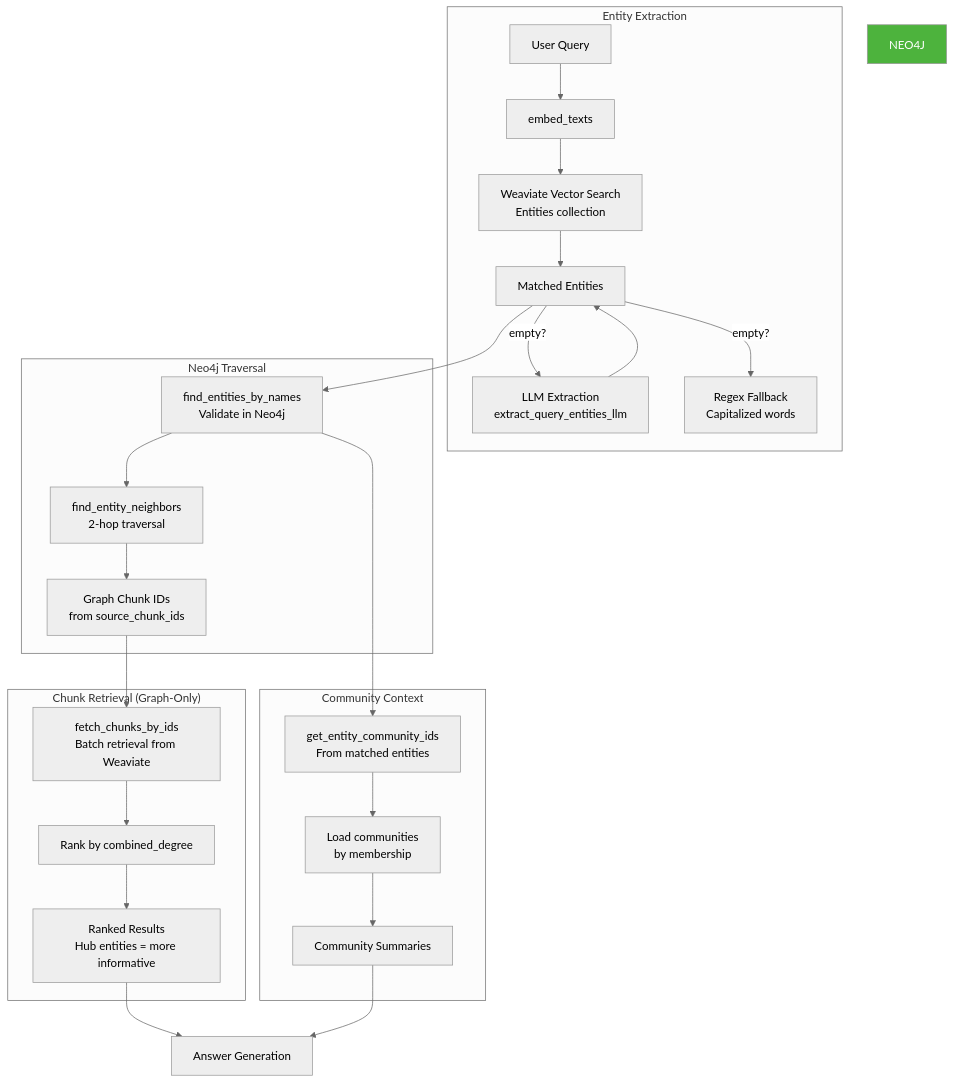
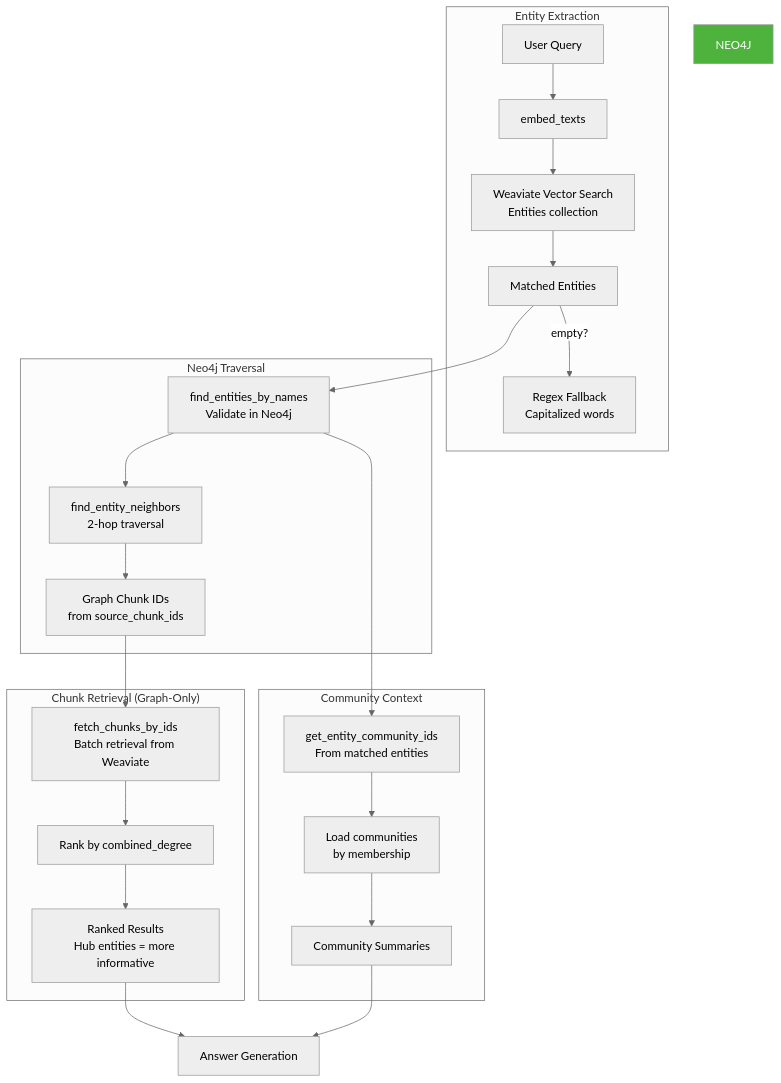
The seventh of 8 diagrams in memory-bank/graphrag/graphrag_raglab_implementation.md (crlsrmrlsz/raglab), drawn with Mermaid (neutral theme) before and after one commit. The commit also changed other lines of this file and 5 other files, not shown here.

First line of the commit message:
refactor(graphrag): remove LLM fallback for entity extraction

````diff
--- a/memory-bank/graphrag/graphrag_raglab_implementation.md
+++ b/memory-bank/graphrag/graphrag_raglab_implementation.md
@@ -502,36 +502,33 @@
 ```mermaid
 flowchart TB
     subgraph EntityExtraction["Entity Extraction"]
         QUERY[User Query] --> EMBED[embed_texts]
         EMBED --> SEARCH["Weaviate Vector Search<br/>Entities collection"]
         SEARCH --> ENTITIES[Matched Entities]
-
-        ENTITIES --> |empty?| LLM_FALLBACK[LLM Extraction<br/>extract_query_entities_llm]
-        LLM_FALLBACK --> ENTITIES
 
         ENTITIES --> |empty?| REGEX[Regex Fallback<br/>Capitalized words]
     end
 
     subgraph GraphTraversal["Neo4j Traversal"]
         ENTITIES --> VALIDATE[find_entities_by_names<br/>Validate in Neo4j]
         VALIDATE --> TRAVERSE["find_entity_neighbors<br/>2-hop traversal"]
         TRAVERSE --> GRAPH_CHUNKS[Graph Chunk IDs<br/>from source_chunk_ids]
     end
 
     subgraph ChunkRetrieval["Chunk Retrieval (Graph-Only)"]
         GRAPH_CHUNKS --> FETCH[fetch_chunks_by_ids<br/>Batch retrieval from Weaviate]
         FETCH --> RANK_GRAPH["Rank by combined_degree"]
         RANK_GRAPH --> RESULTS[Ranked Results<br/>Hub entities = more informative]
     end
 
     subgraph CommunityContext["Community Context"]
         VALIDATE --> COMM_IDS[get_entity_community_ids<br/>From matched entities]
         COMM_IDS --> LOAD_COMM[Load communities<br/>by membership]
         LOAD_COMM --> CONTEXT[Community Summaries]
     end
 
     RESULTS --> ANSWER[Answer Generation]
     CONTEXT --> ANSWER
 
     style NEO4J fill:#4db33d,color:white
 ```
````
